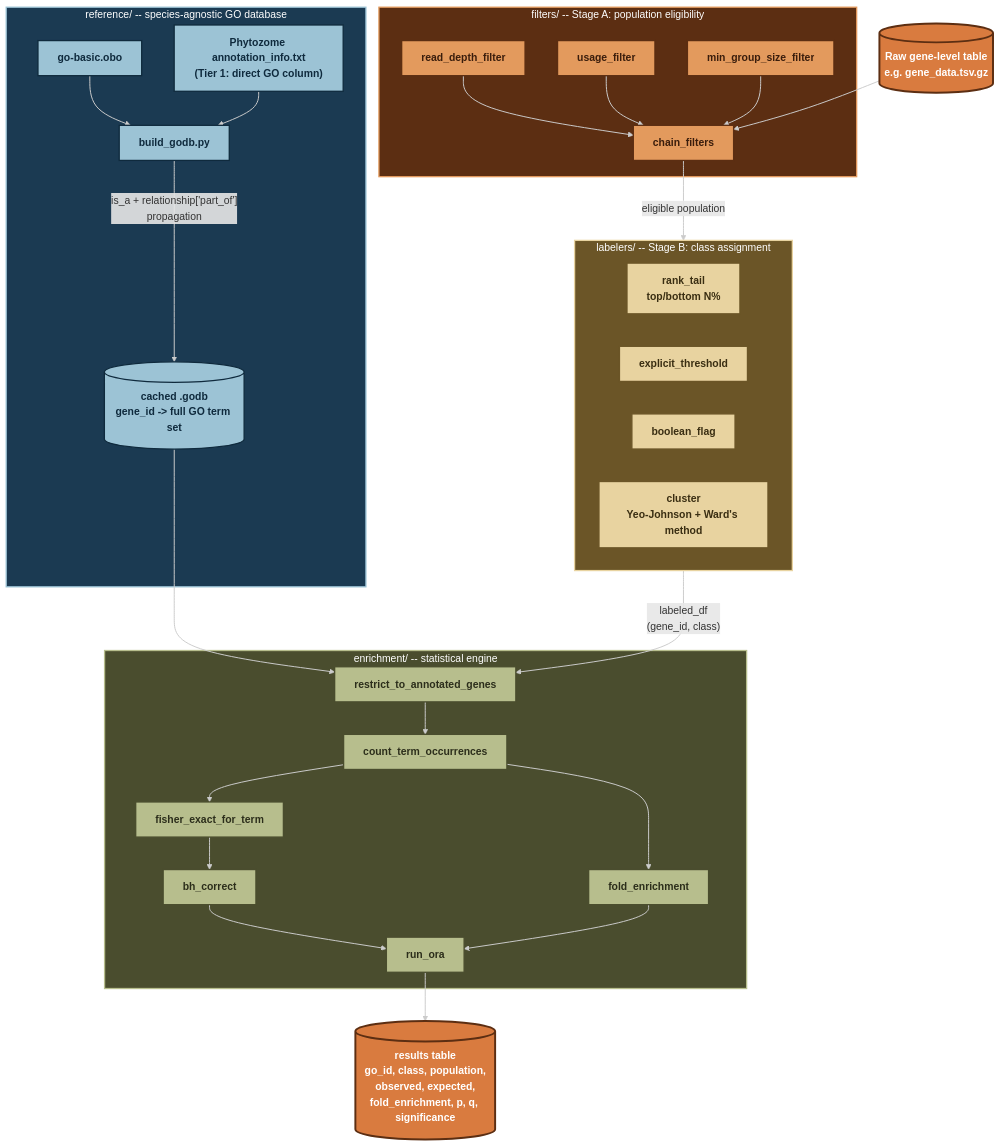
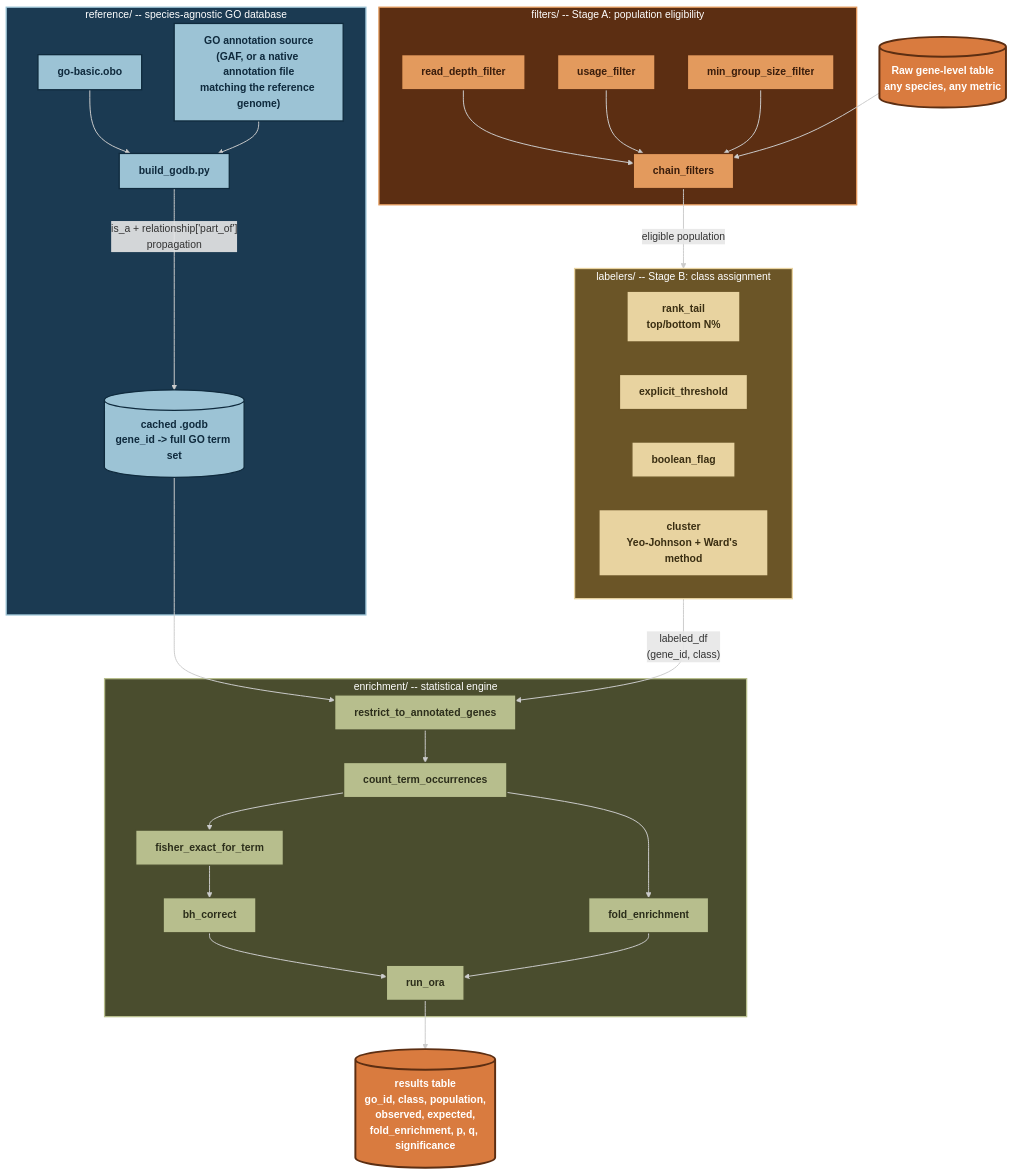
The diagram in README.md (ih-11/go-gsea), drawn with Mermaid before and after one commit. The commit also changed other lines of this file, not shown here.

````diff
--- a/README.md
+++ b/README.md
@@ -50,62 +207,62 @@
 ```mermaid
 flowchart TD
     subgraph REF["reference/ -- species-agnostic GO database"]
         A1[go-basic.obo] --> B1[build_godb.py]
-        A2["Phytozome annotation_info.txt<br/>(Tier 1: direct GO column)"] --> B1
+        A2["GO annotation source<br/>(GAF, or a native annotation file<br/>matching the reference genome)"] --> B1
         B1 -->|"is_a + relationship['part_of']<br/>propagation"| C1[("cached .godb<br/>gene_id -> full GO term set")]
     end
 
     subgraph FILT["filters/ -- Stage A: population eligibility"]
         D1[read_depth_filter]
         D2[usage_filter]
         D3[min_group_size_filter]
         D1 --> D4[chain_filters]
         D2 --> D4
         D3 --> D4
     end
 
     subgraph LAB["labelers/ -- Stage B: class assignment"]
         E1["rank_tail<br/>top/bottom N%"]
         E2[explicit_threshold]
         E3[boolean_flag]
         E4["cluster<br/>Yeo-Johnson + Ward's method"]
     end
 
     subgraph ORA["enrichment/ -- statistical engine"]
         F1[restrict_to_annotated_genes]
         F2[count_term_occurrences]
         F3[fisher_exact_for_term]
         F4[fold_enrichment]
         F5[bh_correct]
         F1 --> F2 --> F3
         F2 --> F4
         F3 --> F5
         F5 --> F6[run_ora]
         F4 --> F6
     end
 
-    G[("Raw gene-level table<br/>e.g. gene_data.tsv.gz")] --> D4
+    G[("Raw gene-level table<br/>any species, any metric")] --> D4
     D4 -->|eligible population| LAB
     LAB -->|"labeled_df<br/>(gene_id, class)"| F1
     C1 --> F1
     F6 --> H[("results table<br/>go_id, class, population,<br/>observed, expected,<br/>fold_enrichment, p, q, significance")]
 
     classDef refNode fill:#9CC3D5,stroke:#0F2A3D,stroke-width:2px,color:#0F2A3D,font-weight:bold;
     classDef filtNode fill:#E39A5D,stroke:#5C2E12,stroke-width:2px,color:#3A1D0C,font-weight:bold;
     classDef labNode fill:#E8D3A0,stroke:#6B5527,stroke-width:2px,color:#3A2E12,font-weight:bold;
     classDef oraNode fill:#B7BE8D,stroke:#4A4D2E,stroke-width:2px,color:#2C2E1B,font-weight:bold;
     classDef dataNode fill:#D97B3F,stroke:#5C2E12,stroke-width:3px,color:#FFFFFF,font-weight:bold;
 
     class A1,A2,B1,C1 refNode;
     class D1,D2,D3,D4 filtNode;
     class E1,E2,E3,E4 labNode;
     class F1,F2,F3,F4,F5,F6 oraNode;
     class G,H dataNode;
 
     style REF fill:#1B3A52,stroke:#9CC3D5,stroke-width:2px,color:#FFFFFF;
     style FILT fill:#5C2E12,stroke:#E39A5D,stroke-width:2px,color:#FFFFFF;
     style LAB fill:#6B5527,stroke:#E8D3A0,stroke-width:2px,color:#FFFFFF;
     style ORA fill:#4A4D2E,stroke:#B7BE8D,stroke-width:2px,color:#FFFFFF;
 
     linkStyle default stroke:#CCCCCC,stroke-width:1.5px;
 ```
````
